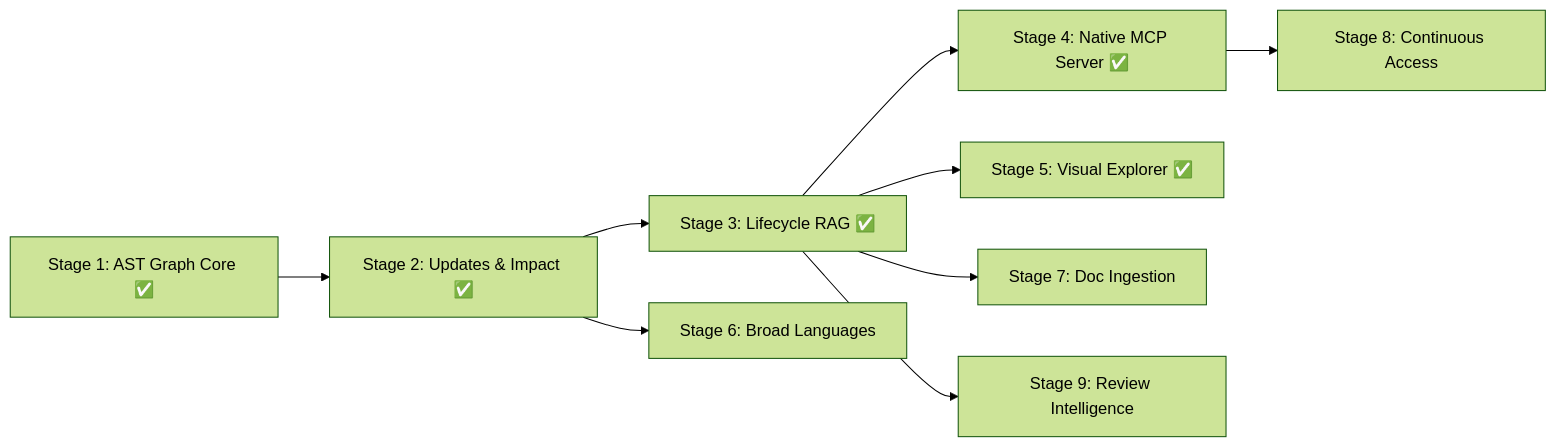
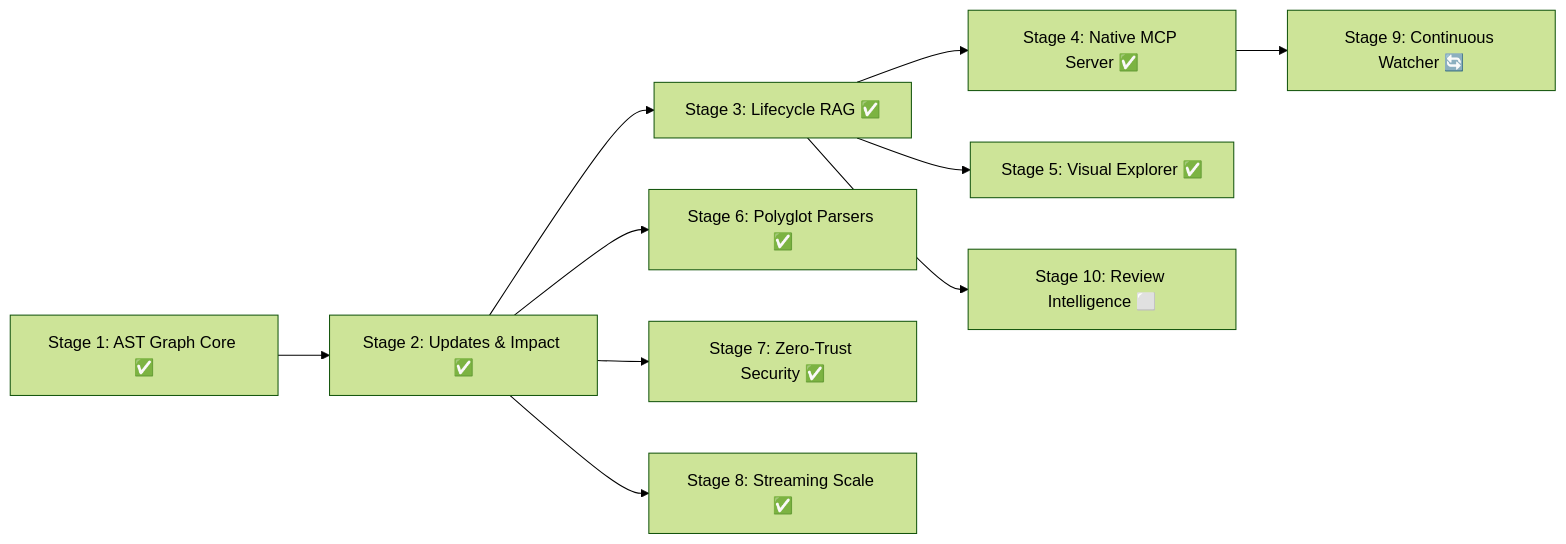
Before and after one commit to sky2464/Agtoosa2: the diagram in docs/Master-Plan.md, drawn with Mermaid (forest theme). The commit also changed other lines of this file and 8 other files, not shown here.

Commit message:
feat: implement polyglot language parser and add security hardening tests for path, input, and CSP sanitization

````diff
--- a/docs/Master-Plan.md
+++ b/docs/Master-Plan.md
@@ -39,11 +42,12 @@
 ```mermaid
 flowchart LR
     S1[Stage 1: AST Graph Core ✅] --> S2[Stage 2: Updates & Impact ✅]
     S2 --> S3[Stage 3: Lifecycle RAG ✅]
     S3 --> S4[Stage 4: Native MCP Server ✅]
     S3 --> S5[Stage 5: Visual Explorer ✅]
-    S2 --> S6[Stage 6: Broad Languages]
-    S3 --> S7[Stage 7: Doc Ingestion]
-    S4 --> S8[Stage 8: Continuous Access]
-    S3 --> S9[Stage 9: Review Intelligence]
+    S2 --> S6[Stage 6: Polyglot Parsers ✅]
+    S2 --> S7[Stage 7: Zero-Trust Security ✅]
+    S2 --> S8[Stage 8: Streaming Scale ✅]
+    S4 --> S9[Stage 9: Continuous Watcher 🔄]
+    S3 --> S10[Stage 10: Review Intelligence ⬜]
 ```
````
